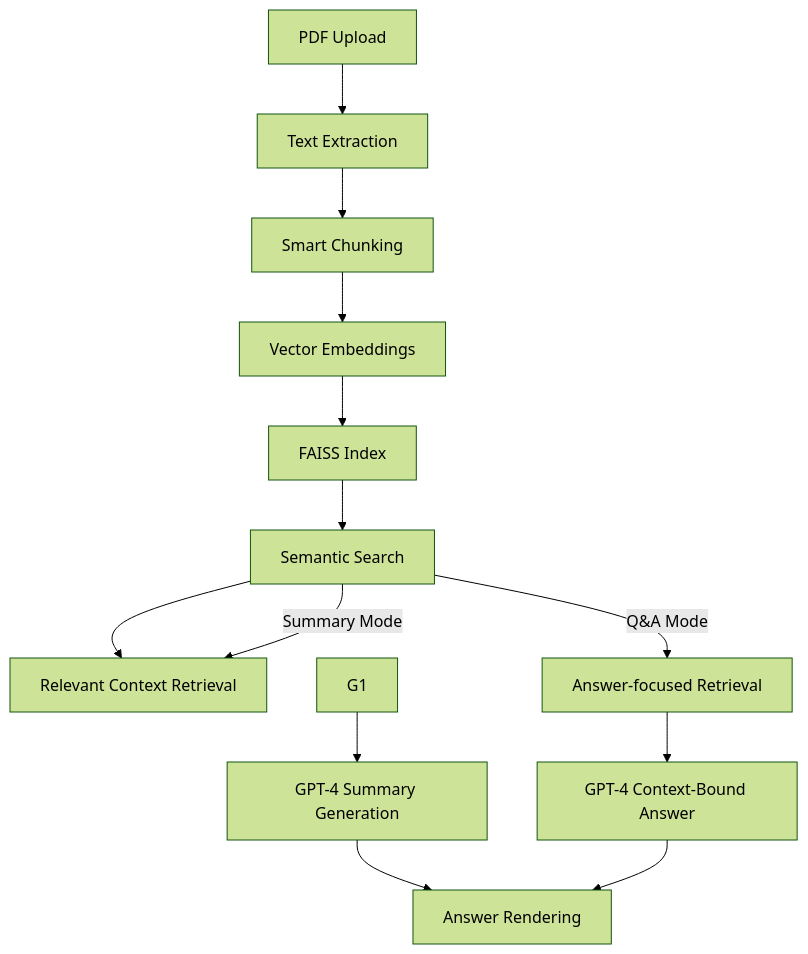
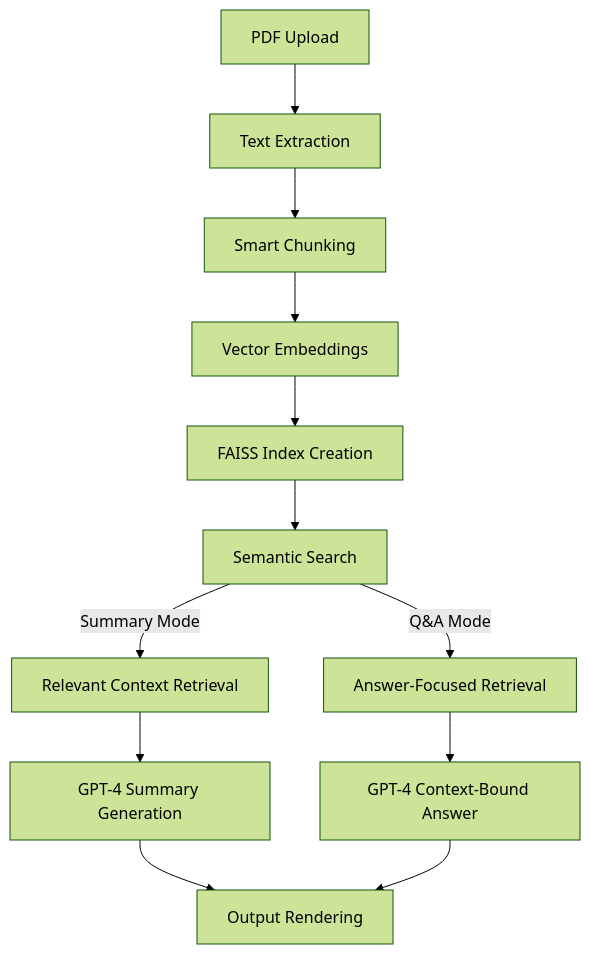
One commit to kavya-18/RAG-Powered-Document-Assistant changed the diagram in README.md. Above: the diagram before and after it, drawn with Mermaid (forest theme).

````diff
--- a/README.md
+++ b/README.md
@@ -67,18 +67,21 @@
 ```mermaid
 graph TD
     A[PDF Upload] --> B[Text Extraction]
     B --> C[Smart Chunking]
     C --> D[Vector Embeddings]
-    D --> E[FAISS Index]
+    D --> E[FAISS Index Creation]
     E --> F[Semantic Search]
-    F --> G[Context Retrieval]
-    F --> |Summary Mode|G[Relevant Context Retrieval]
+
+    %% Branch 1: Summary Mode
+    F -->|Summary Mode| G1[Relevant Context Retrieval]
     G1 --> H1[GPT-4 Summary Generation]
 
-    F --> |Q&A Mode| G2[Answer-focused Retrieval]
+    %% Branch 2: Q&A Mode
+    F -->|Q&A Mode| G2[Answer-Focused Retrieval]
     G2 --> H2[GPT-4 Context-Bound Answer]
 
-    H1 --> I[Formatted Summary Output]
-    H2 --> I[Answer Rendering]
+    %% Final Output
+    H1 --> I[Output Rendering]
+    H2 --> I[Output Rendering]
     
 ```
````
